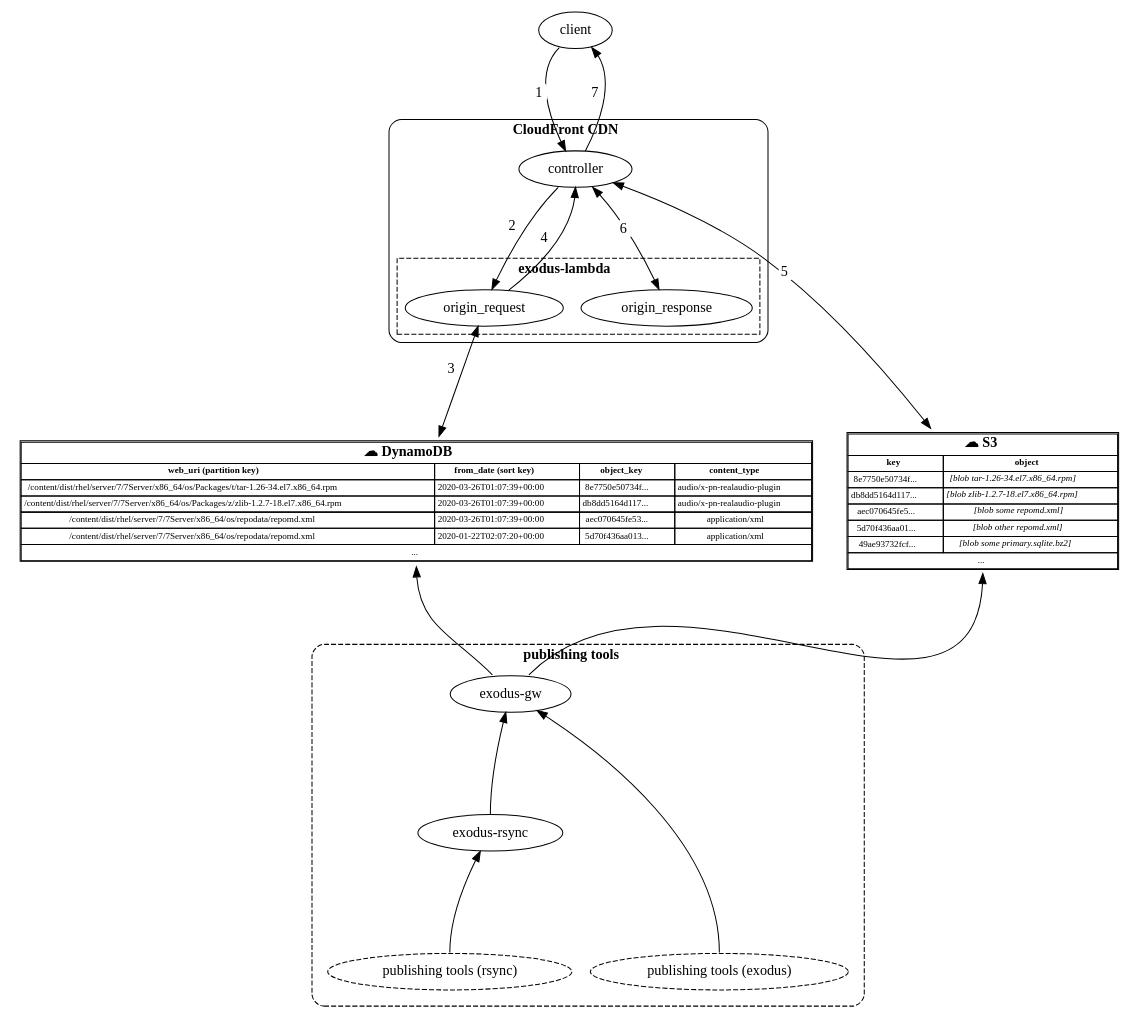
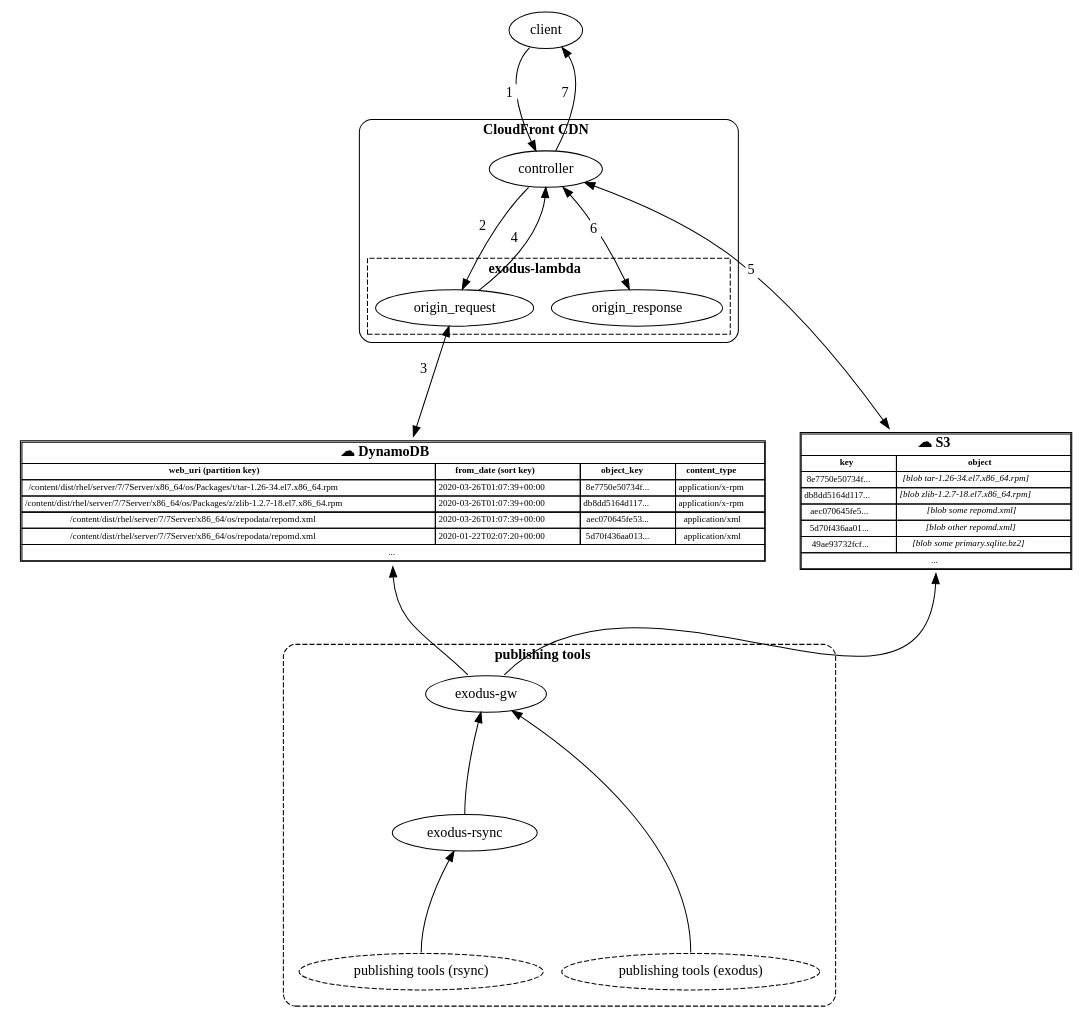
One commit to release-engineering/exodus-lambda changed the diagram in docs/arch.gv. Above: the diagram before and after it, drawn with Graphviz. The commit also changed 1 other file, not shown here.

```diff
--- a/docs/arch.gv
+++ b/docs/arch.gv
@@ -1,159 +1,159 @@
 digraph {
     ranksep="1.4";
 
     # These are arranged and labelled to communicate the
     # sequence of events when a request is processed.
     # Try to keep them in this order.
     client:sw -> controller [
         xlabel=< <table bgcolor="white" border="0" cellborder="0" cellpadding="0" style="rounded"><tr><td>1</td></tr></table> >
     ]
 
     controller:sw -> origin_request [
         xlabel=< <table bgcolor="white" border="0" cellborder="0" cellpadding="0" style="rounded"><tr><td>2</td></tr></table> >
     ]
 
     origin_request -> db [
         xlabel=< <table bgcolor="white" border="0" cellborder="0" cellpadding="0" style="rounded"><tr><td>3</td></tr></table> >,
         dir=both
     ]
 
     origin_request -> controller:s [
         xlabel=< <table bgcolor="white" border="0" cellborder="0" cellpadding="0" style="rounded"><tr><td>4</td></tr></table> >
     ]
 
     controller -> S3 [
         xlabel=< <table bgcolor="white" border="0" cellborder="0" cellpadding="0" style="rounded"><tr><td>5</td></tr></table> >,
         dir=both
     ]
 
     controller:se -> origin_response [
         xlabel=< <table bgcolor="white" border="0" cellborder="0" cellpadding="0" style="rounded"><tr><td>6</td></tr></table> >,
         dir=both
     ]
 
     controller -> client:se [
         xlabel=< <table bgcolor="white" border="0" cellborder="0" cellpadding="0" style="rounded"><tr><td>7</td></tr></table> >
     ]
 
     # publishing tools are mentioned, but do not participate
     # in the request processing.
     # Connection order here is reversed to force the publishing tools to the bottom
     # of the graph, which makes them stand out a bit more.
     S3:s -> exodus_gw:ne [dir="back"]
     db:s -> exodus_gw:nw [dir="back"]
 
     exodus_gw -> exodus_rsync:n [dir="back"];
     exodus_gw -> native_tools:n [dir="back"];
     exodus_rsync -> legacy_tools:n [dir="back"];
 
     client [label="client"]
     exodus_gw [label="exodus-gw"];
     exodus_rsync [label="exodus-rsync"];
     legacy_tools [label="publishing tools (rsync)", style="dashed"];
     native_tools [label="publishing tools (exodus)", style="dashed"];
 
     db [
         shape=plaintext
         fontsize=9
         label=<
 
             <table border='1' cellborder='1' cellspacing='0'>
                 <tr><td colspan='4'><font point-size="14"><b>☁ DynamoDB</b></font></td></tr>
                 <tr>
                     <td><b>web_uri (partition key)</b></td>
                     <td><b>from_date (sort key)</b></td>
                     <td><b>object_key</b></td>
                     <td><b>content_type</b></td>
                 </tr>
                 <tr>
                     <td>/content/dist/rhel/server/7/7Server/x86_64/os/Packages/t/tar-1.26-34.el7.x86_64.rpm</td>
                     <td>2020-03-26T01:07:39+00:00</td>
                     <td>8e7750e50734f...</td>
-                    <td>audio/x-pn-realaudio-plugin</td>
+                    <td>application/x-rpm</td>
                 </tr>
                 <tr>
                     <td>/content/dist/rhel/server/7/7Server/x86_64/os/Packages/z/zlib-1.2.7-18.el7.x86_64.rpm</td>
                     <td>2020-03-26T01:07:39+00:00</td>
                     <td>db8dd5164d117...</td>
-                    <td>audio/x-pn-realaudio-plugin</td>
+                    <td>application/x-rpm</td>
                 </tr>
                 <tr>
                     <td>/content/dist/rhel/server/7/7Server/x86_64/os/repodata/repomd.xml</td>
                     <td>2020-03-26T01:07:39+00:00</td>
                     <td>aec070645fe53...</td>
                     <td>application/xml</td>
                 </tr>
                 <tr>
                     <td>/content/dist/rhel/server/7/7Server/x86_64/os/repodata/repomd.xml</td>
                     <td>2020-01-22T02:07:20+00:00</td>
                     <td>5d70f436aa013...</td>
                     <td>application/xml</td>
                 </tr>
                 <tr><td colspan='4'>...</td></tr>
             </table>
         >
     ];
 
     S3 [
         shape=plaintext
         fontsize=9
         label=<
 
                 <table border='1' cellborder='1' cellspacing='0'>
                     <tr><td colspan='2'><font point-size="14"><b>☁ S3</b></font></td></tr>
                     <tr>
                         <td><b>key</b></td>
                         <td><b>object</b></td>
                     </tr>
                     <tr>
                         <td>8e7750e50734f...</td>
                         <td><i>[blob tar-1.26-34.el7.x86_64.rpm]</i></td>
                     </tr>
                     <tr>
                         <td>db8dd5164d117...</td>
                         <td><i>[blob zlib-1.2.7-18.el7.x86_64.rpm]</i></td>
                     </tr>
                     <tr>
                         <td>aec070645fe5...</td>
                         <td><i>[blob some repomd.xml]</i></td>
                     </tr>
                     <tr>
                         <td>5d70f436aa01...</td>
                         <td><i>[blob other repomd.xml]</i></td>
                     </tr>
                     <tr>
                         <td>49ae93732fcf...</td>
                         <td><i>[blob some primary.sqlite.bz2]</i></td>
                     </tr>
                     <tr><td colspan='2'>...</td></tr>
                 </table>
         >
     ];
 
     subgraph cluster_0 {
         label=< <b>CloudFront CDN</b> >
         style="rounded";
         controller;
         subgraph cluster_1 {
             label=<<b>exodus-lambda</b>>;
             style="dashed";
             rank=same
             origin_request;
             origin_response;
         }
     }
 
     subgraph cluster_10 {
         label=< <b>publishing tools</b> >
         style="dashed,rounded";
         exodus_gw;
         exodus_rsync;
         subgraph cluster_11 {
             label="";
             style="invis";
             rank=same;
             legacy_tools;
             native_tools;
         }
     }
 }
```
